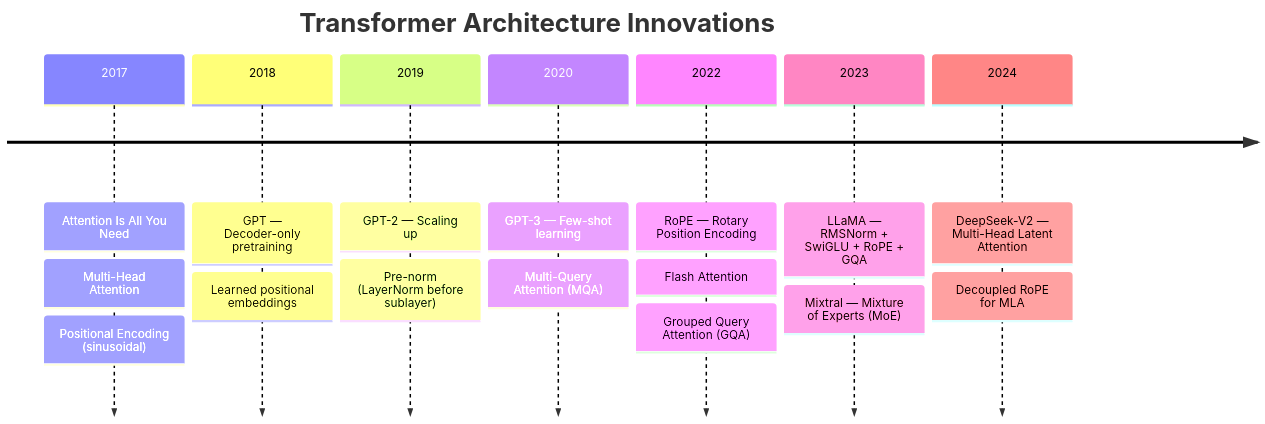
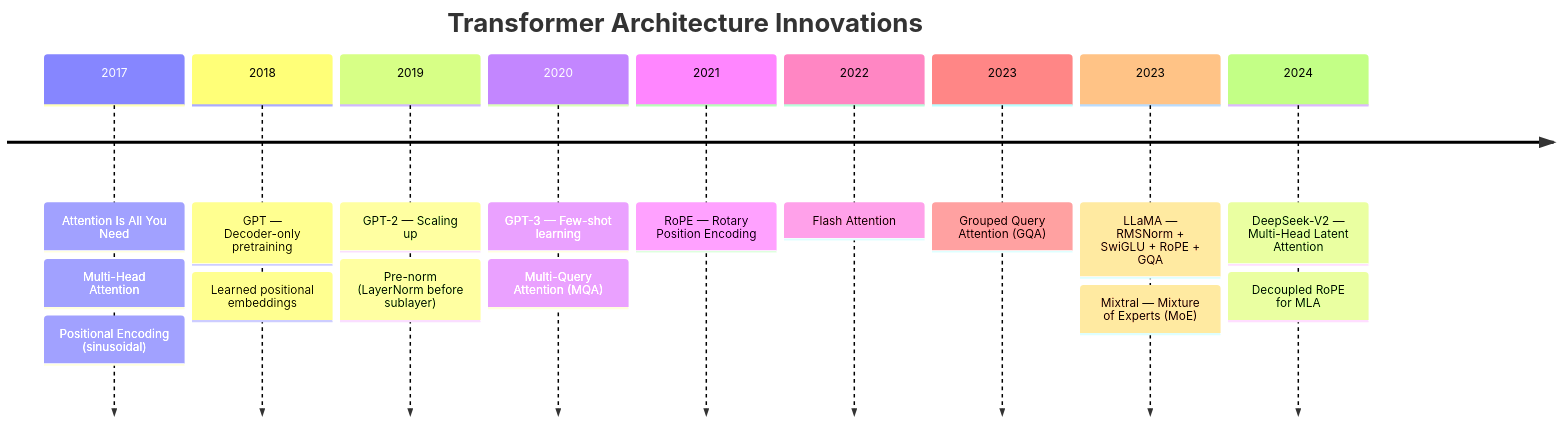
One commit to michaelellis003/LMT changed the second of 5 diagrams in docs/architecture/family-tree.md. Above: the diagram before and after it, drawn with Mermaid. The commit also changed other lines of this file and 9 other files, not shown here.

````diff
--- a/docs/architecture/family-tree.md
+++ b/docs/architecture/family-tree.md
@@ -36,20 +36,20 @@
 ```mermaid
 timeline
     title Transformer Architecture Innovations
     2017 : Attention Is All You Need
          : Multi-Head Attention
          : Positional Encoding (sinusoidal)
     2018 : GPT — Decoder-only pretraining
          : Learned positional embeddings
     2019 : GPT-2 — Scaling up
          : Pre-norm (LayerNorm before sublayer)
     2020 : GPT-3 — Few-shot learning
          : Multi-Query Attention (MQA)
-    2022 : RoPE — Rotary Position Encoding
-         : Flash Attention
-         : Grouped Query Attention (GQA)
+    2021 : RoPE — Rotary Position Encoding
+    2022 : Flash Attention
+    2023 : Grouped Query Attention (GQA)
     2023 : LLaMA — RMSNorm + SwiGLU + RoPE + GQA
          : Mixtral — Mixture of Experts (MoE)
     2024 : DeepSeek-V2 — Multi-Head Latent Attention
          : Decoupled RoPE for MLA
 ```
````
